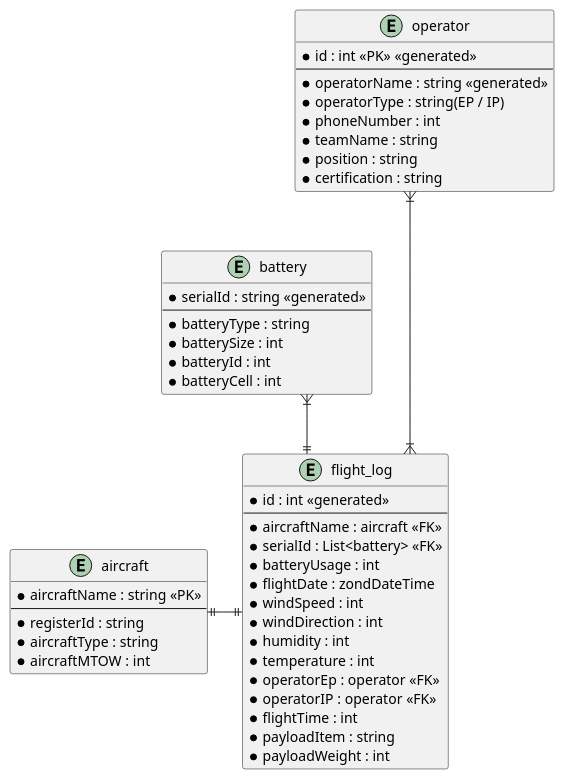
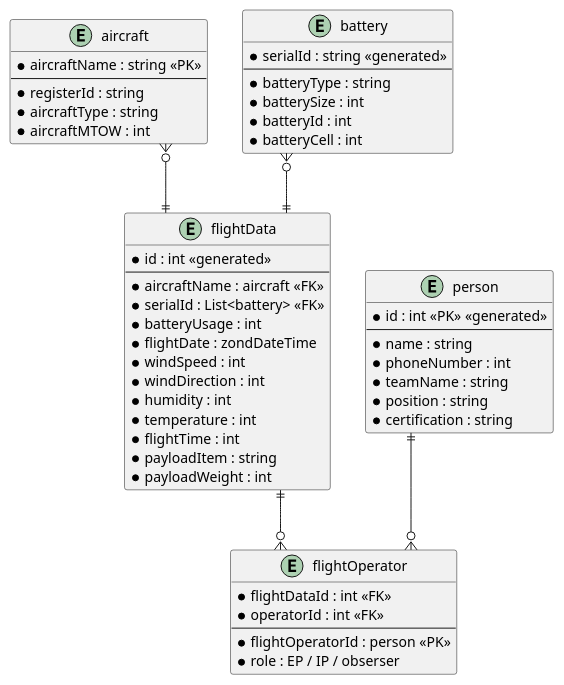
One commit to KimJinHyeok1/FlightManagementApp changed the diagram in Docs/flightManagementApp.puml. Above: the diagram before and after it, drawn with PlantUML.

Commit message:
FIX : FMS ERD Modifyied

```diff
--- a/Docs/flightManagementApp.puml
+++ b/Docs/flightManagementApp.puml
@@ -1,63 +1,69 @@
 @startuml
 
 ' hide the spot
 ' hide circle
 
 ' avoid problems with angled crows feet
 skinparam linetype ortho
 
-entity "aircraft" as e01 {
+entity "aircraft" as aircraft {
   *aircraftName : string <<PK>>
   --
   *registerId : string
   *aircraftType : string
   *aircraftMTOW : int
 }
 
-entity "battery" as e02 {
+entity "battery" as battery {
   *serialId : string <<generated>>
   --
   *batteryType : string
   *batterySize : int
   *batteryId : int
   *batteryCell : int
 }
 
-entity "operator" as e03 {
+entity "person" as operator {
   *id : int <<PK>> <<generated>>
   --
-  *operatorName : string <<generated>>
-  *operatorType : string(EP / IP)
+  *name : string 
   *phoneNumber : int
   *teamName : string
   *position : string
   *certification : string
 }
 
-entity "flight_log" as e04 {
+entity "flightOperator" as flightOperator {
+  *flightDataId : int <<FK>>
+  *operatorId : int <<FK>>
+  --
+  *flightOperatorId : person <<PK>> 
+  *role : EP / IP / obserser
+}
+
+entity "flightData" as flightPlan {
   *id : int <<generated>>
   --
   *aircraftName : aircraft <<FK>>
   *serialId : List<battery> <<FK>>
   *batteryUsage : int
   *flightDate : zondDateTime
   *windSpeed : int
   *windDirection : int
   *humidity : int
   *temperature : int
-  *operatorEp : operator <<FK>>
-  *operatorIP : operator <<FK>>
   *flightTime : int
   *payloadItem : string
   *payloadWeight : int
 }
 
 
 
-e01 ||-|| e04
-e02 }|--|| e04
-e03 }|---|{ e04
+flightPlan ||--o{ flightOperator
+operator ||--o{ flightOperator
 
+battery }o--|| flightPlan
+aircraft }o--|| flightPlan
 
 
 @enduml
```
